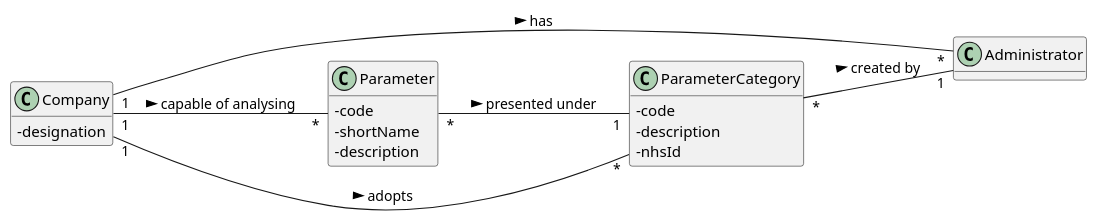
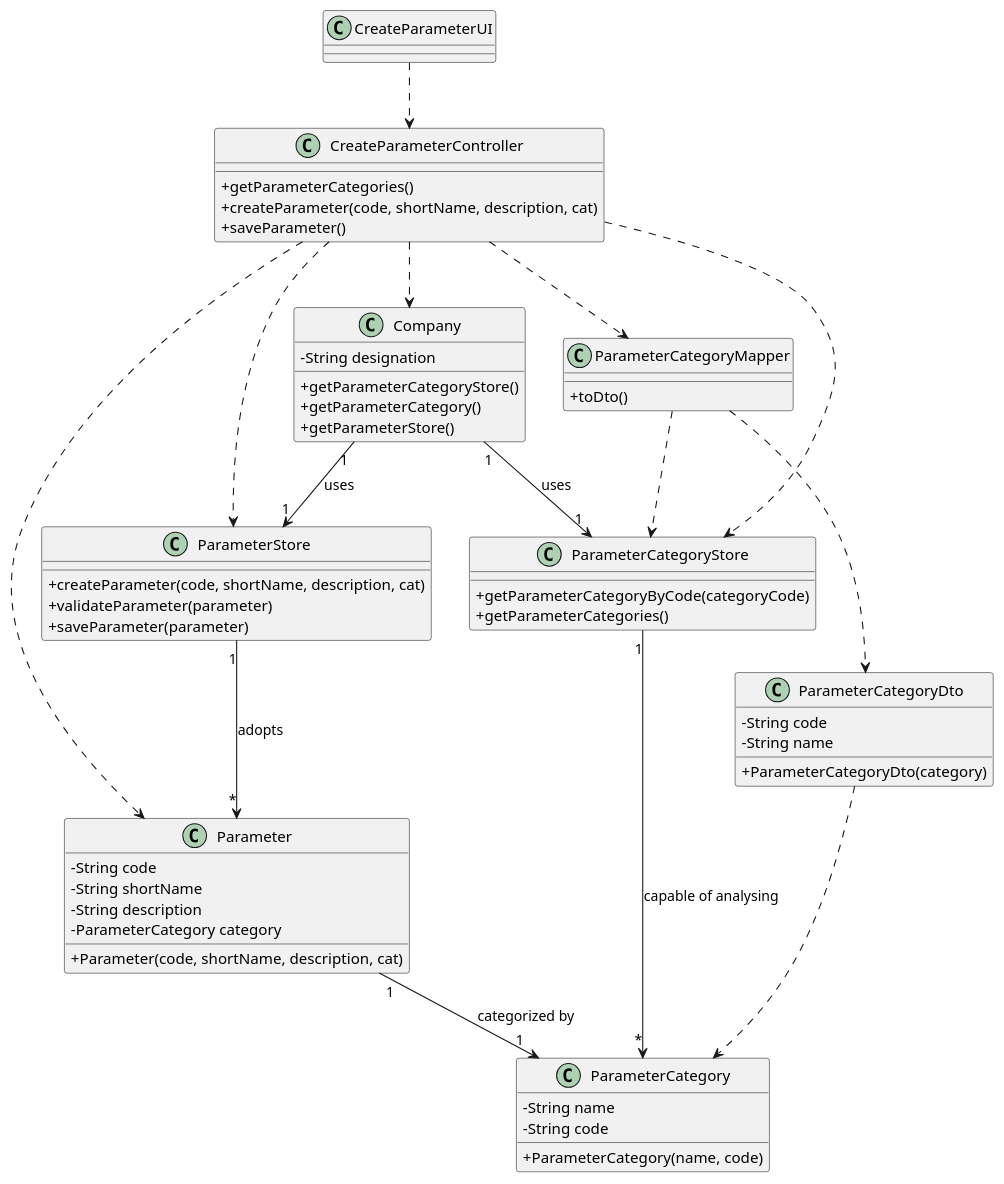
The diagram in docs/SprintB/Us10_CreateParameter/US10_CD.puml (Pedromaia26/LAPR2-ISEP), drawn with PlantUML before and after one commit.

Commit message:
US10_CD.puml correction

```diff
--- a/docs/SprintB/Us10_CreateParameter/US10_CD.puml
+++ b/docs/SprintB/Us10_CreateParameter/US10_CD.puml
@@ -1,34 +1,73 @@
 @startuml
-hide methods
-left to right direction
 skinparam classAttributeIconSize 0
 
-
-class Company {
-  -designation
+class Company
+{
+  -String designation
+  +getParameterCategoryStore()
+  +getParameterCategory()
+  +getParameterStore()
 }
 
-class Administrator {
+
+class Parameter {
+  -String code
+  -String shortName
+  -String description
+  -ParameterCategory category
+  +Parameter(code, shortName, description, cat)
+}
+
+class ParameterStore {
+  +createParameter(code, shortName, description, cat)
+  +validateParameter(parameter)
+  +saveParameter(parameter)
+}
+
+class ParameterCategoryStore {
+  +getParameterCategoryByCode(categoryCode)
+  +getParameterCategories()
+}
+
+
+class CreateParameterController {
+  +getParameterCategories()
+  +createParameter(code, shortName, description, cat)
+  +saveParameter()
+}
+
+class CreateParameterUI {
 
 }
 
-class Parameter {
-  -code
-  -shortName
-  -description
+class ParameterCategoryMapper {
+   +toDto()
+}
+
+class ParameterCategoryDto {
+  -String code
+  -String name
+  +ParameterCategoryDto(category)
 }
 
 class ParameterCategory {
-  -code
-  -description
-  -nhsId
+   -String name
+   -String code
+   +ParameterCategory(name, code)
 }
 
-
-
-Company "1" -- "*" Administrator : has  >
-Company "1" -- "*" ParameterCategory : adopts >
-Company "1" -- "*" Parameter : capable of analysing >
-Parameter "*" -- "1" ParameterCategory: presented under >
-ParameterCategory "*" -- "1" Administrator: created by >
+CreateParameterUI ..> CreateParameterController
+CreateParameterController ..> Parameter
+CreateParameterController ..> ParameterStore
+CreateParameterController ..> ParameterCategoryStore
+CreateParameterController ..> Company
+CreateParameterController ..> ParameterCategoryMapper
+ParameterCategoryMapper ..> ParameterCategoryStore
+ParameterCategoryMapper ..> ParameterCategoryDto
+ParameterCategoryDto ..> ParameterCategory
+ParameterCategoryStore "1" --> "*" ParameterCategory : capable of analysing
+Company "1" --> "1" ParameterStore : uses
+Company "1" --> "1" ParameterCategoryStore : uses
+ParameterStore "1" --> "*" Parameter : adopts
+Parameter "1" --> "1" ParameterCategory : categorized by
 @enduml
```
